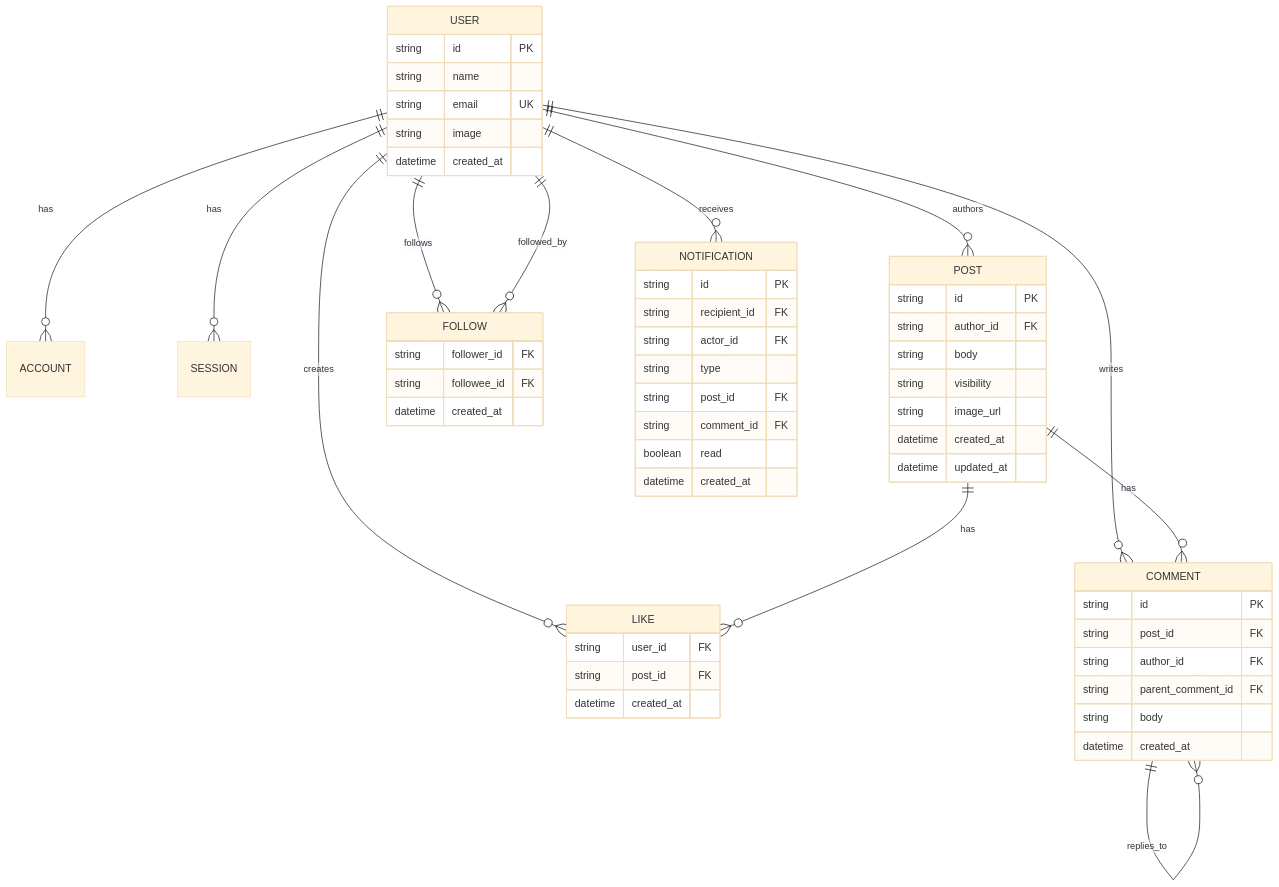
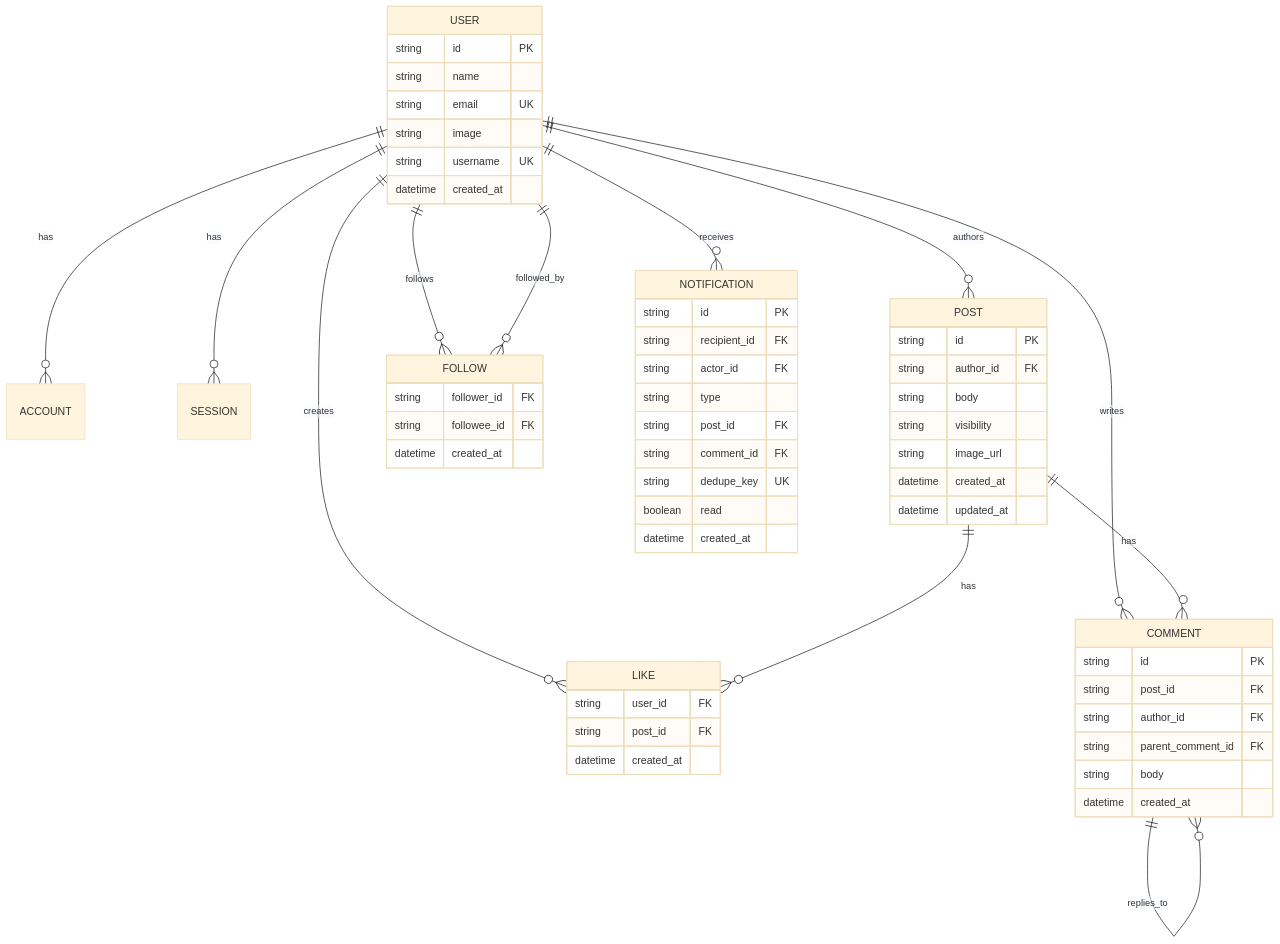
One commit to japanese-project/sns-project changed the diagram in docs/database.md. Above: the diagram before and after it, drawn with Mermaid (base theme). The commit also changed other lines of this file and 60 other files, not shown here.

````diff
--- a/docs/database.md
+++ b/docs/database.md
@@ -22,65 +22,67 @@
 ```mermaid
 erDiagram
     USER ||--o{ ACCOUNT : has
     USER ||--o{ SESSION : has
     USER ||--o{ POST : authors
     USER ||--o{ LIKE : creates
     USER ||--o{ COMMENT : writes
     USER ||--o{ FOLLOW : follows
     USER ||--o{ FOLLOW : followed_by
     USER ||--o{ NOTIFICATION : receives
 
     POST ||--o{ LIKE : has
     POST ||--o{ COMMENT : has
     COMMENT ||--o{ COMMENT : replies_to
 
     USER {
         string id PK
         string name
         string email UK
         string image
+        string username UK
         datetime created_at
     }
 
     POST {
         string id PK
         string author_id FK
         string body
         string visibility
         string image_url
         datetime created_at
         datetime updated_at
     }
 
     LIKE {
         string user_id FK
         string post_id FK
         datetime created_at
     }
 
     COMMENT {
         string id PK
         string post_id FK
         string author_id FK
         string parent_comment_id FK
         string body
         datetime created_at
     }
 
     FOLLOW {
         string follower_id FK
         string followee_id FK
         datetime created_at
     }
 
     NOTIFICATION {
         string id PK
         string recipient_id FK
         string actor_id FK
         string type
         string post_id FK
         string comment_id FK
+        string dedupe_key UK
         boolean read
         datetime created_at
     }
 ```
````
